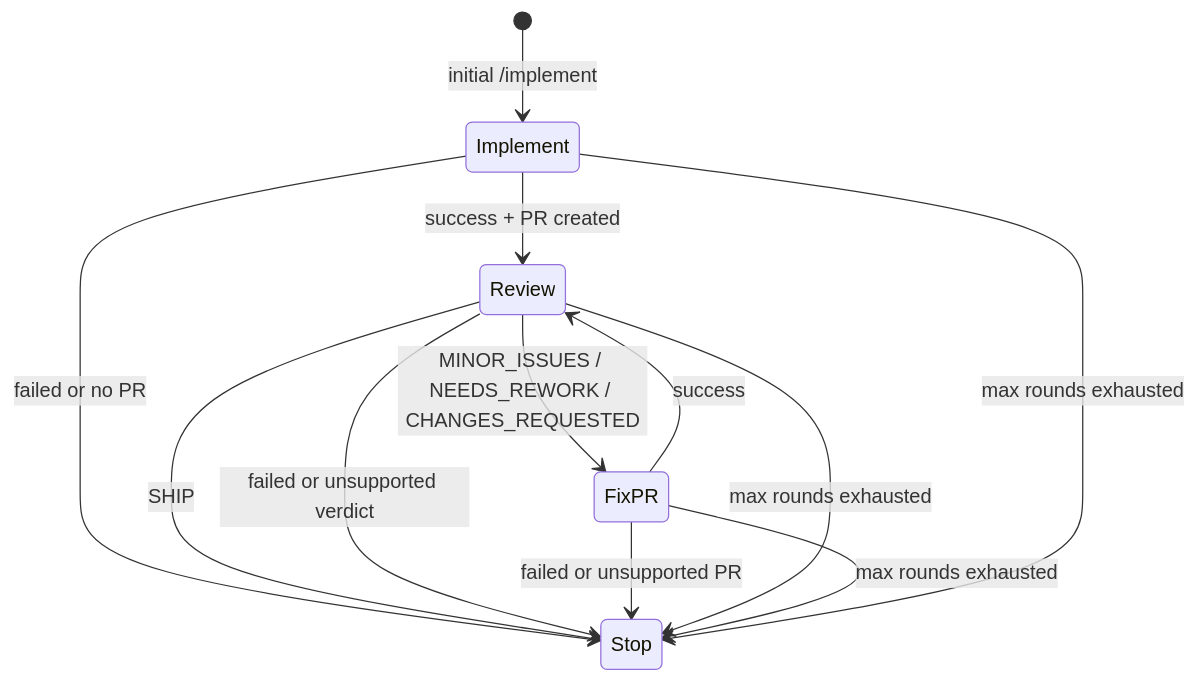
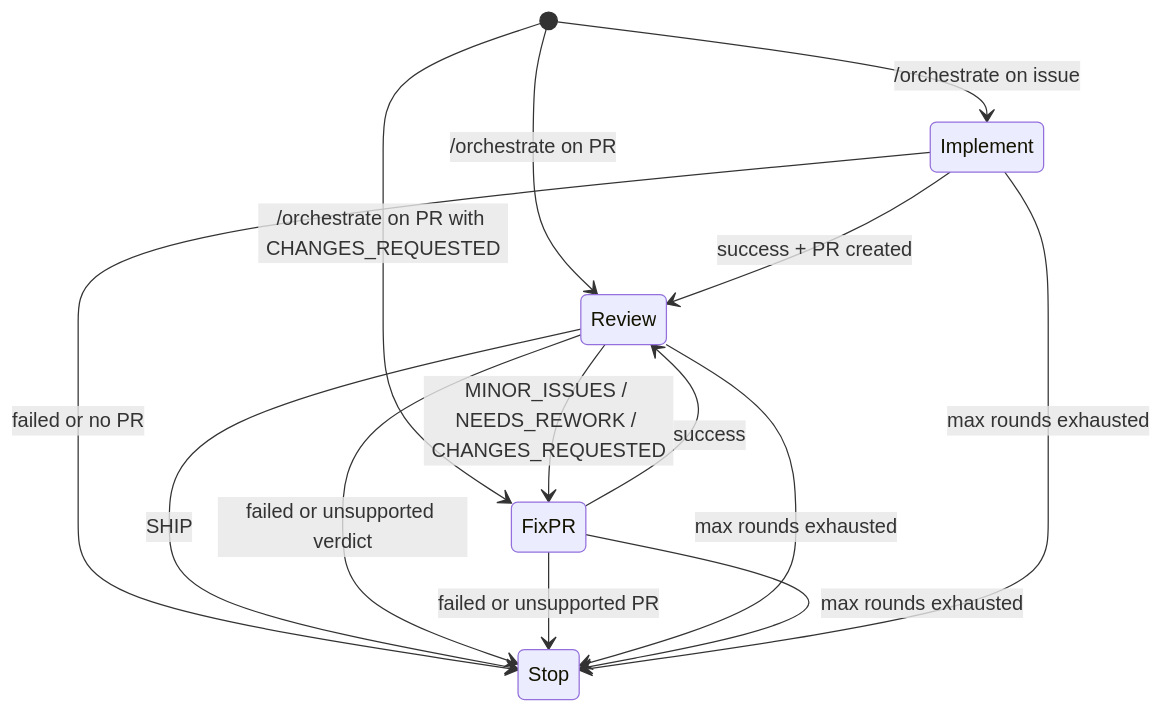
Before and after one commit to augmented-mind/augmented-mind.github.io: the diagram in .agent/docs/technical-details/agent-orchestrator.md, drawn with Mermaid. The commit also changed other lines of this file and 20 other files, not shown here.

````diff
--- a/.agent/docs/technical-details/agent-orchestrator.md
+++ b/.agent/docs/technical-details/agent-orchestrator.md
@@ -19,17 +18,20 @@
 ```mermaid
 stateDiagram-v2
-    [*] --> Implement: initial /implement
+    [*] --> Implement: /orchestrate on issue
+    [*] --> Review: /orchestrate on PR
+    [*] --> FixPR: /orchestrate on PR with CHANGES_REQUESTED
+
     Implement --> Review: success + PR created
     Implement --> Stop: failed or no PR
 
     Review --> FixPR: MINOR_ISSUES / NEEDS_REWORK / CHANGES_REQUESTED
     Review --> Stop: SHIP
     Review --> Stop: failed or unsupported verdict
 
     FixPR --> Review: success
     FixPR --> Stop: failed or unsupported PR
 
     Review --> Stop: max rounds exhausted
     FixPR --> Stop: max rounds exhausted
     Implement --> Stop: max rounds exhausted
 ```
````
